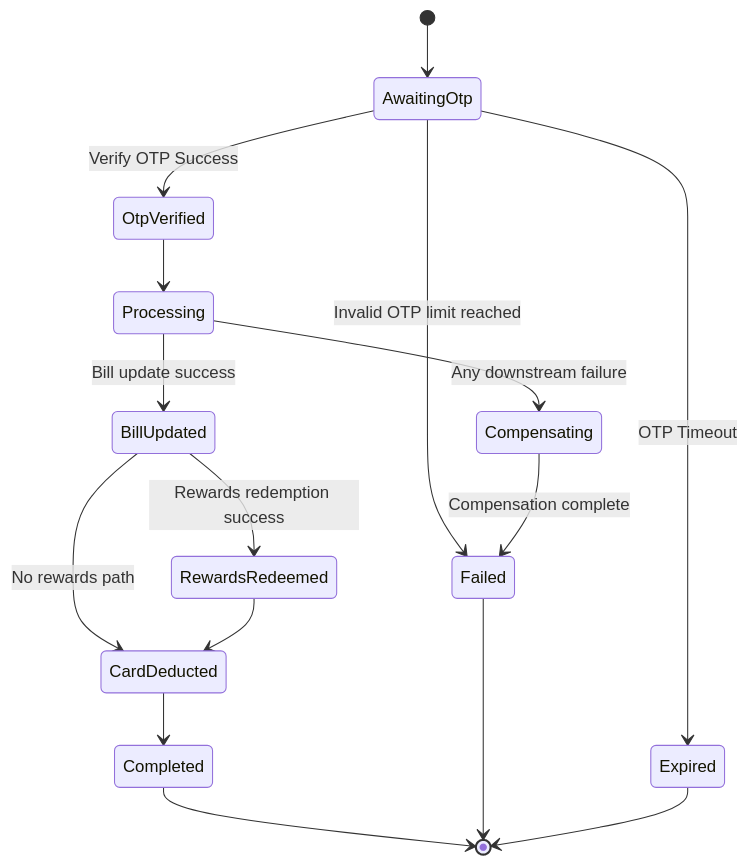
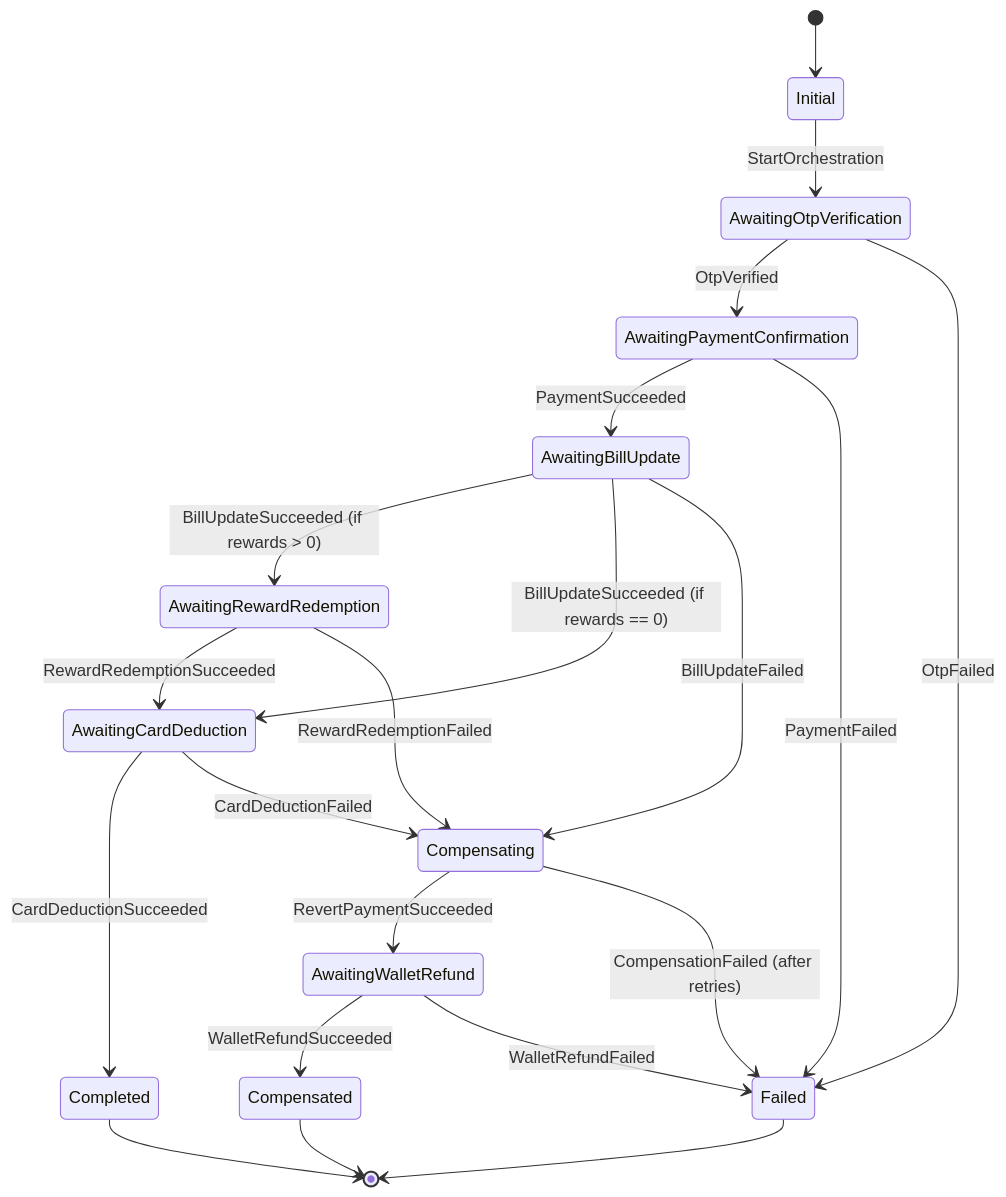
One commit to TirtharajBarma/cred-vault changed the third of 3 diagrams in src/docs/LLD.md. Above: the diagram before and after it, drawn with Mermaid. The commit also changed other lines of this file and 26 other files, not shown here.

````diff
--- a/src/docs/LLD.md
+++ b/src/docs/LLD.md
@@ -499,22 +130,31 @@
 ```mermaid
 stateDiagram-v2
-    [*] --> AwaitingOtp
-    AwaitingOtp --> OtpVerified: Verify OTP Success
-    AwaitingOtp --> Expired: OTP Timeout
-    AwaitingOtp --> Failed: Invalid OTP limit reached
-
-    OtpVerified --> Processing
-    Processing --> BillUpdated: Bill update success
-    BillUpdated --> RewardsRedeemed: Rewards redemption success
-    BillUpdated --> CardDeducted: No rewards path
-    RewardsRedeemed --> CardDeducted
-
-    CardDeducted --> Completed
-
-    Processing --> Compensating: Any downstream failure
-    Compensating --> Failed: Compensation complete
-
+    [*] --> Initial
+    Initial --> AwaitingOtpVerification : StartOrchestration
+    
+    AwaitingOtpVerification --> AwaitingPaymentConfirmation : OtpVerified
+    AwaitingOtpVerification --> Failed : OtpFailed
+    
+    AwaitingPaymentConfirmation --> AwaitingBillUpdate : PaymentSucceeded
+    AwaitingPaymentConfirmation --> Failed : PaymentFailed
+    
+    AwaitingBillUpdate --> AwaitingRewardRedemption : BillUpdateSucceeded (if rewards > 0)
+    AwaitingBillUpdate --> AwaitingCardDeduction : BillUpdateSucceeded (if rewards == 0)
+    AwaitingBillUpdate --> Compensating : BillUpdateFailed
+    
+    AwaitingRewardRedemption --> AwaitingCardDeduction : RewardRedemptionSucceeded
+    AwaitingRewardRedemption --> Compensating : RewardRedemptionFailed
+    
+    AwaitingCardDeduction --> Completed : CardDeductionSucceeded
+    AwaitingCardDeduction --> Compensating : CardDeductionFailed
+    
+    Compensating --> AwaitingWalletRefund : RevertPaymentSucceeded
+    Compensating --> Failed : CompensationFailed (after retries)
+    
+    AwaitingWalletRefund --> Compensated : WalletRefundSucceeded
+    AwaitingWalletRefund --> Failed : WalletRefundFailed
+    
     Completed --> [*]
+    Compensated --> [*]
     Failed --> [*]
-    Expired --> [*]
 ```
````
